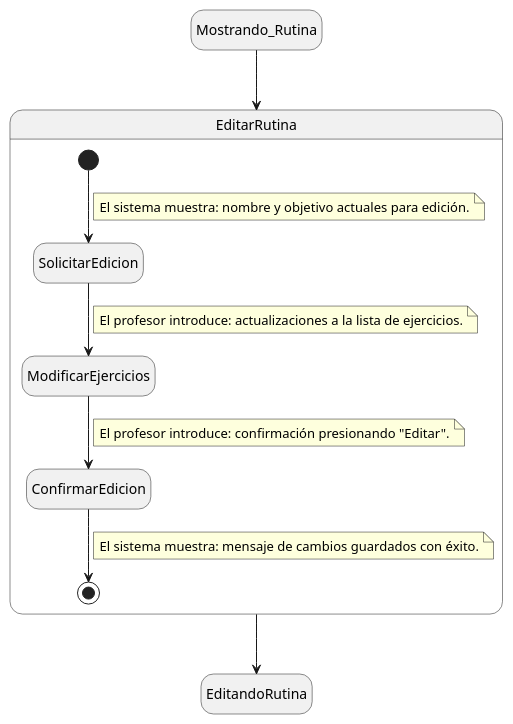
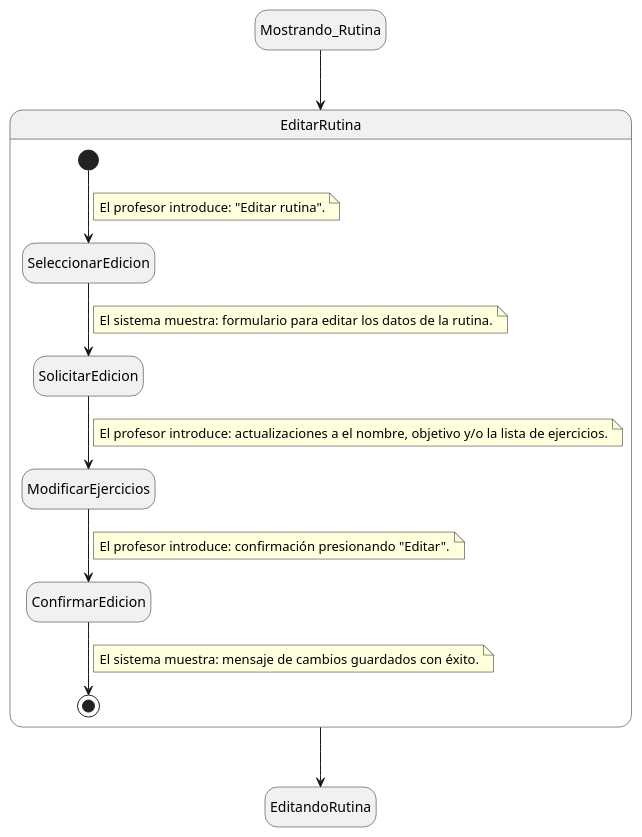
The diagram in Documentos/DetallarCasosDeUso/Profesor/EditarRutina.puml (mmasias/24-25-IdSw1-SDR), drawn with PlantUML before and after one commit. The commit also changed 1 other file, not shown here.

Commit message:
Editar Rutina

```diff
--- a/Documentos/DetallarCasosDeUso/Profesor/EditarRutina.puml
+++ b/Documentos/DetallarCasosDeUso/Profesor/EditarRutina.puml
@@ -1,33 +1,38 @@
 @startuml EditarRutina
 
 hide empty description
 
 state Mostrando_Rutina
 state EditandoRutina
 
 state EditarRutina {
-  [*] --> SolicitarEdicion
+  [*] --> SeleccionarEdicion
+    note on link
+        El profesor introduce: "Editar rutina".
+    end note
+  
+  SeleccionarEdicion --> SolicitarEdicion
   note on link
-      El sistema muestra: nombre y objetivo actuales para edición.
+      El sistema muestra: formulario para editar los datos de la rutina.
   end note
 
   SolicitarEdicion --> ModificarEjercicios
   note on link
-      El profesor introduce: actualizaciones a la lista de ejercicios.
+      El profesor introduce: actualizaciones a el nombre, objetivo y/o la lista de ejercicios.
   end note
 
   ModificarEjercicios --> ConfirmarEdicion
   note on link
       El profesor introduce: confirmación presionando "Editar".
   end note
 
   ConfirmarEdicion --> [*]
   note on link
       El sistema muestra: mensaje de cambios guardados con éxito.
   end note
 }
 
 Mostrando_Rutina --> EditarRutina
 EditarRutina --> EditandoRutina
 
 @enduml
```
